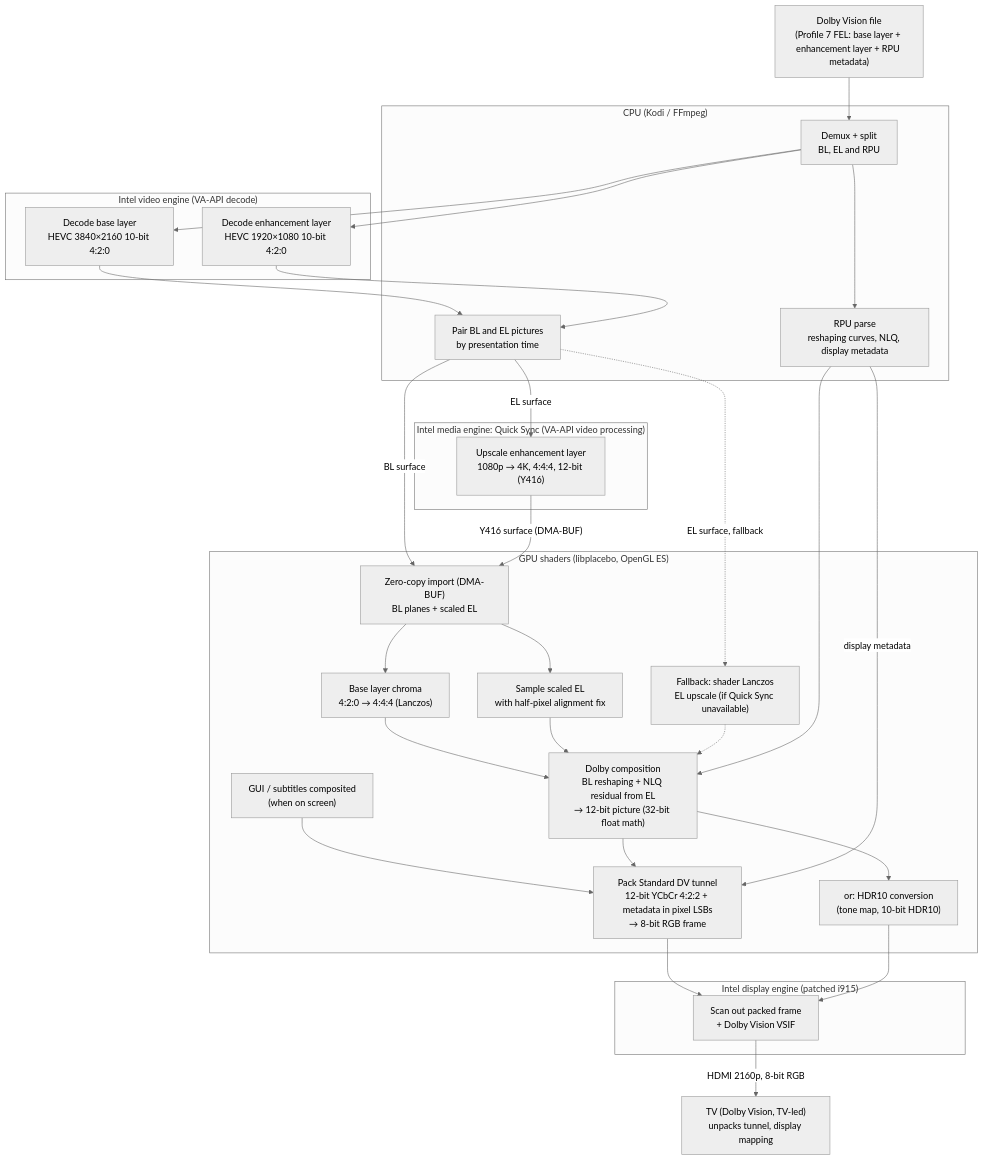
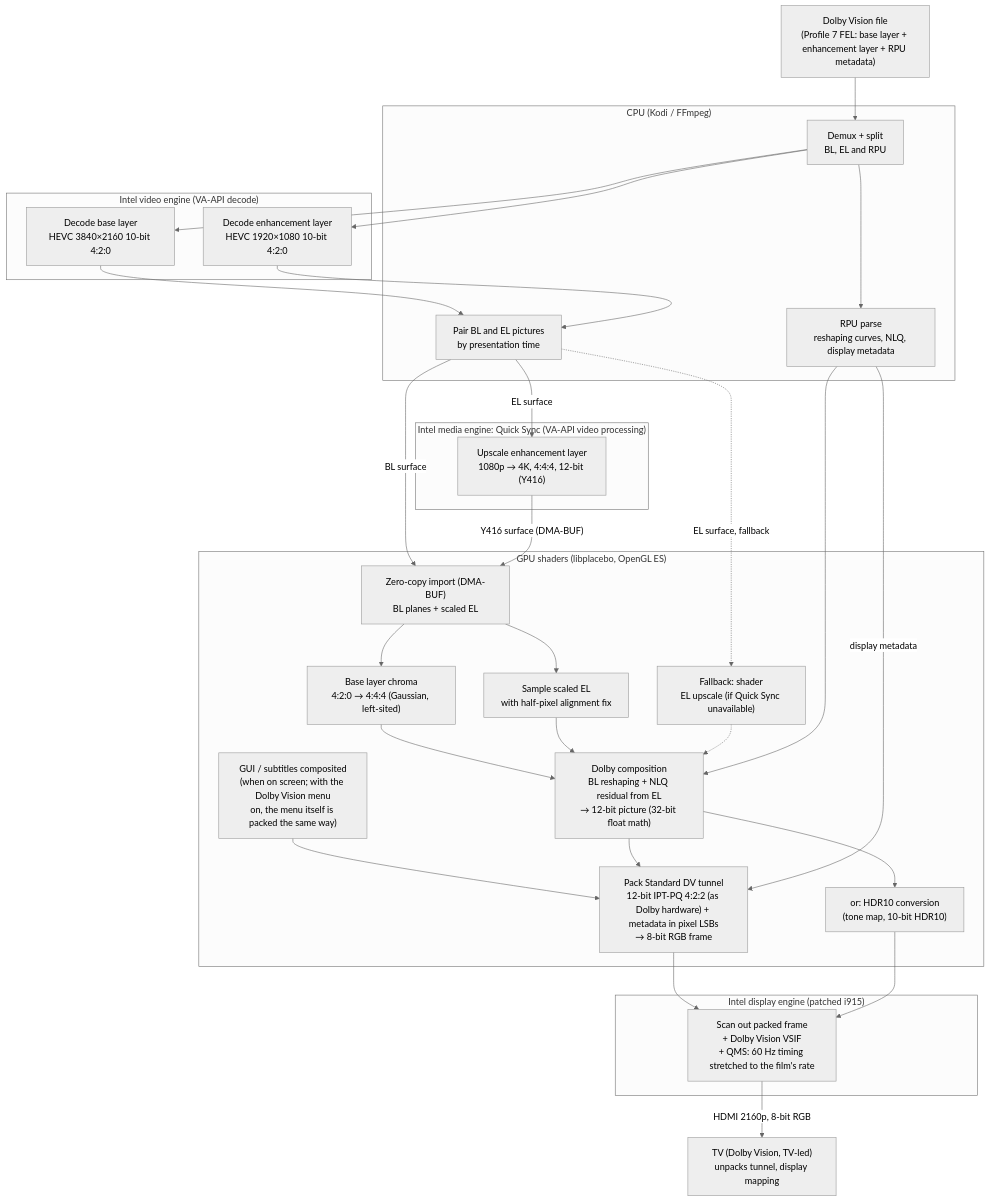
Before and after one commit to dangerouslaser/libreelec-yblod: the diagram in README.md, drawn with Mermaid (neutral theme). The commit also changed other lines of this file, not shown here.

Commit message:
README: order and playback diagram for 0.1

````diff
--- a/README.md
+++ b/README.md
@@ -99,58 +99,58 @@
 ```mermaid
 flowchart TD
     SRC["Dolby Vision file<br/>(Profile 7 FEL: base layer + enhancement layer + RPU metadata)"]
 
     subgraph CPU["CPU (Kodi / FFmpeg)"]
         DEMUX["Demux + split<br/>BL, EL and RPU"]
         RPU["RPU parse<br/>reshaping curves, NLQ, display metadata"]
         PAIR["Pair BL and EL pictures<br/>by presentation time"]
     end
 
     subgraph VDBOX["Intel video engine (VA-API decode)"]
         DECBL["Decode base layer<br/>HEVC 3840×2160 10-bit 4:2:0"]
         DECEL["Decode enhancement layer<br/>HEVC 1920×1080 10-bit 4:2:0"]
     end
 
     subgraph QSV["Intel media engine: Quick Sync (VA-API video processing)"]
         VPP["Upscale enhancement layer<br/>1080p → 4K, 4:4:4, 12-bit (Y416)"]
     end
 
     subgraph GPU["GPU shaders (libplacebo, OpenGL ES)"]
         IMPORT["Zero-copy import (DMA-BUF)<br/>BL planes + scaled EL"]
-        CHROMA["Base layer chroma<br/>4:2:0 → 4:4:4 (Lanczos)"]
+        CHROMA["Base layer chroma<br/>4:2:0 → 4:4:4 (Gaussian, left-sited)"]
         ELS["Sample scaled EL<br/>with half-pixel alignment fix"]
-        FALLBACK["Fallback: shader Lanczos<br/>EL upscale (if Quick Sync unavailable)"]
+        FALLBACK["Fallback: shader<br/>EL upscale (if Quick Sync unavailable)"]
         COMPOSE["Dolby composition<br/>BL reshaping + NLQ residual from EL<br/>→ 12-bit picture (32-bit float math)"]
-        PACK["Pack Standard DV tunnel<br/>12-bit YCbCr 4:2:2 + metadata in pixel LSBs<br/>→ 8-bit RGB frame"]
+        PACK["Pack Standard DV tunnel<br/>12-bit IPT-PQ 4:2:2 (as Dolby hardware) + metadata in pixel LSBs<br/>→ 8-bit RGB frame"]
         HDR10["or: HDR10 conversion<br/>(tone map, 10-bit HDR10)"]
-        GUI["GUI / subtitles composited<br/>(when on screen)"]
+        GUI["GUI / subtitles composited<br/>(when on screen; with the Dolby Vision menu<br/>on, the menu itself is packed the same way)"]
     end
 
     subgraph DISP["Intel display engine (patched i915)"]
-        SCAN["Scan out packed frame<br/>+ Dolby Vision VSIF"]
+        SCAN["Scan out packed frame<br/>+ Dolby Vision VSIF<br/>+ QMS: 60 Hz timing stretched to the film's rate"]
     end
 
     TV["TV (Dolby Vision, TV-led)<br/>unpacks tunnel, display mapping"]
 
     SRC --> DEMUX
     DEMUX --> DECBL
     DEMUX --> DECEL
     DEMUX --> RPU
     DECBL --> PAIR
     DECEL --> PAIR
     PAIR -->|"EL surface"| VPP
     PAIR -->|"BL surface"| IMPORT
     VPP -->|"Y416 surface (DMA-BUF)"| IMPORT
     PAIR -.->|"EL surface, fallback"| FALLBACK
     IMPORT --> CHROMA --> COMPOSE
     IMPORT --> ELS --> COMPOSE
     FALLBACK -.-> COMPOSE
     RPU --> COMPOSE
     GUI --> PACK
     COMPOSE --> PACK
     COMPOSE --> HDR10
     RPU -->|"display metadata"| PACK
     PACK --> SCAN
     HDR10 --> SCAN
     SCAN -->|"HDMI 2160p, 8-bit RGB"| TV
 ```
````
